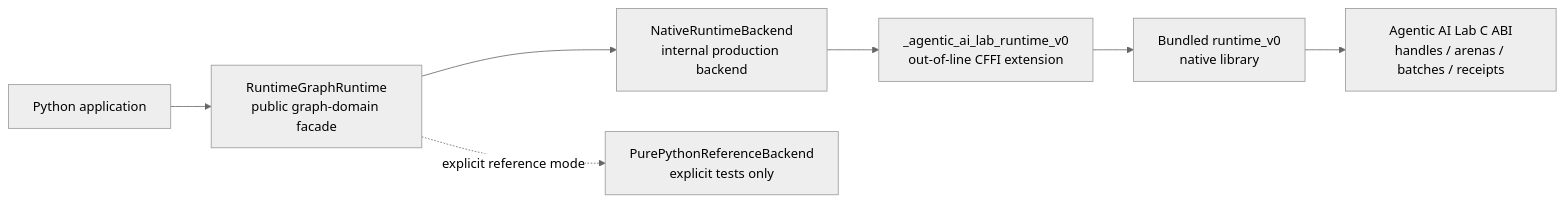
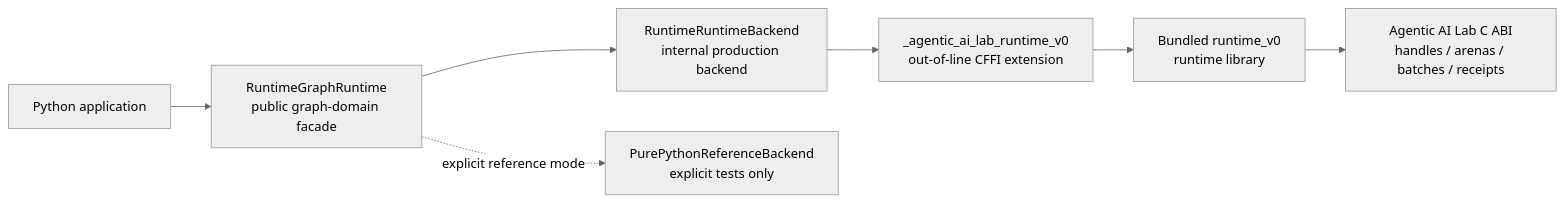
Before and after one commit to tao3k/gebril-yuanxu: the first of 2 diagrams in module-system/design/120-agentic-control-plane-ac07-python-production-cffi-runtime-design.org, drawn with Mermaid (neutral theme). The commit also changed other lines of this file and 1469 other files, not shown here.

```diff
--- a/module-system/design/120-agentic-control-plane-ac07-python-production-cffi-runtime-design.org
+++ b/module-system/design/120-agentic-control-plane-ac07-python-production-cffi-runtime-design.org
@@ -53,17 +53,17 @@
 #+begin_src mermaid
 flowchart LR
     APP["Python application"]
     FACADE["RuntimeGraphRuntime<br/>public graph-domain facade"]
-    BACKEND["NativeRuntimeBackend<br/>internal production backend"]
+    BACKEND["RuntimeRuntimeBackend<br/>internal production backend"]
     CFFI["_agentic_ai_lab_runtime_v0<br/>out-of-line CFFI extension"]
-    LIB["Bundled runtime_v0<br/>native library"]
+    LIB["Bundled runtime_v0<br/>runtime library"]
     KERNEL["Agentic AI Lab C ABI<br/>handles / arenas / batches / receipts"]
     REF["PurePythonReferenceBackend<br/>explicit tests only"]
 
     APP --> FACADE
     FACADE --> BACKEND
     BACKEND --> CFFI
     CFFI --> LIB
     LIB --> KERNEL
     FACADE -. "explicit reference mode" .-> REF
 #+end_src
```
